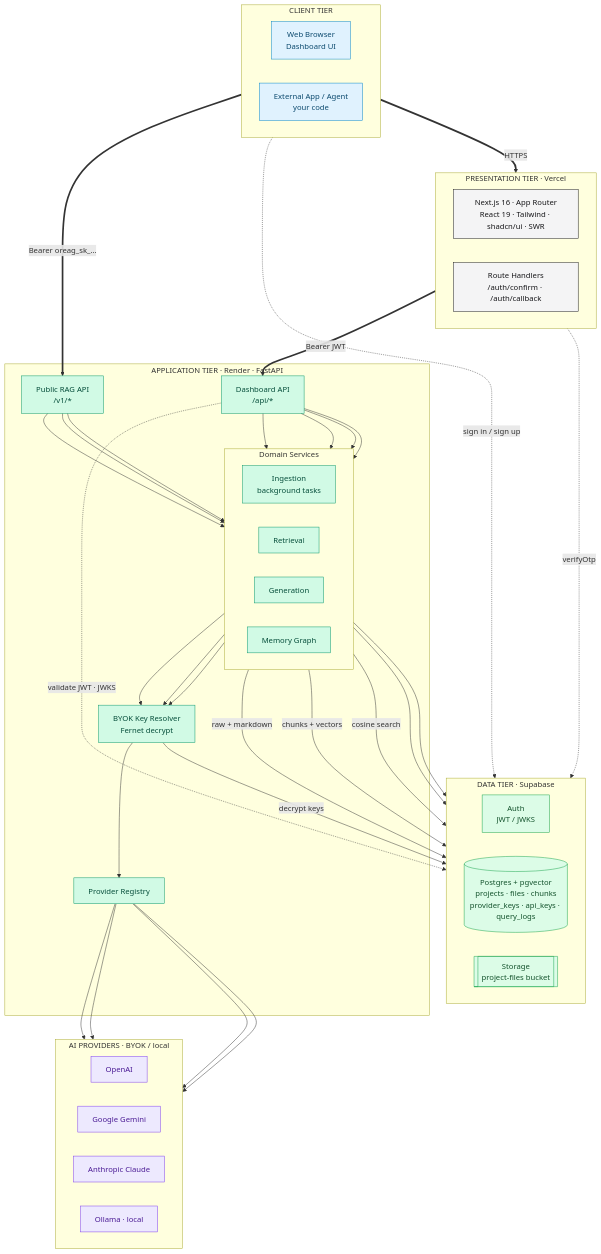
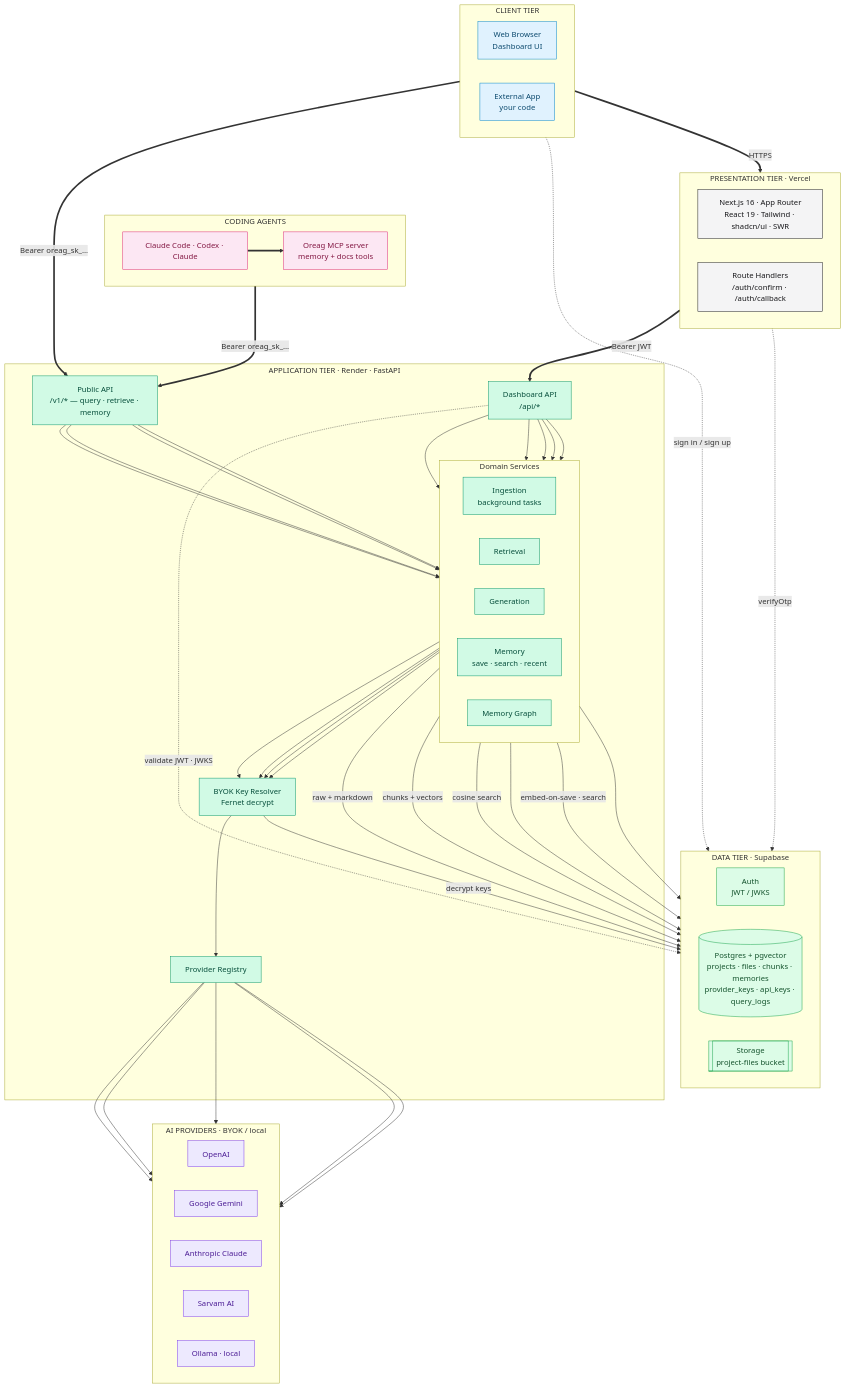
Before and after one commit to haroontrailblazer/Oreag: the first of 6 diagrams in FLOW.md, drawn with Mermaid. The commit also changed other lines of this file and 1 other file, not shown here.

Commit message:
docs: update FLOW.md flow diagrams for agent-memory MCP

````diff
--- a/FLOW.md
+++ b/FLOW.md
@@ -51,7 +53,13 @@
     subgraph client["CLIENT TIER"]
         direction LR
         Browser["Web Browser<br/>Dashboard UI"]
-        ExtApp["External App / Agent<br/>your code"]
+        ExtApp["External App<br/>your code"]
+    end
+
+    subgraph agents["CODING AGENTS"]
+        direction LR
+        Agent["Claude Code · Codex · Claude"]
+        MCP["Oreag MCP server<br/>memory + docs tools"]
     end
 
     subgraph edge["PRESENTATION TIER · Vercel"]
@@ -62,12 +70,13 @@
 
     subgraph appt["APPLICATION TIER · Render · FastAPI"]
         API["Dashboard API<br/>/api/*"]
-        PublicAPI["Public RAG API<br/>/v1/*"]
+        PublicAPI["Public API<br/>/v1/* — query · retrieve · memory"]
         subgraph services["Domain Services"]
             direction LR
             Ingest["Ingestion<br/>background tasks"]
             Retrieve["Retrieval"]
             Generate["Generation"]
+            Memory["Memory<br/>save · search · recent"]
             MemGraph["Memory Graph"]
         end
         Resolver["BYOK Key Resolver<br/>Fernet decrypt"]
@@ -77,7 +86,7 @@
     subgraph datat["DATA TIER · Supabase"]
         direction LR
         Auth["Auth<br/>JWT / JWKS"]
-        PG[("Postgres + pgvector<br/>projects · files · chunks<br/>provider_keys · api_keys · query_logs")]
+        PG[("Postgres + pgvector<br/>projects · files · chunks · memories<br/>provider_keys · api_keys · query_logs")]
         Store[["Storage<br/>project-files bucket"]]
     end
 
@@ -86,6 +95,7 @@
         OpenAI["OpenAI"]
         Gemini["Google Gemini"]
         Anthropic["Anthropic Claude"]
+        Sarvam["Sarvam AI"]
         Ollama["Ollama · local"]
     end
 
@@ -93,6 +103,8 @@
     Browser ==>|HTTPS| Next
     Next ==>|"Bearer JWT"| API
     ExtApp ==>|"Bearer oreag_sk_…"| PublicAPI
+    Agent ==> MCP
+    MCP ==>|"Bearer oreag_sk_…"| PublicAPI
 
     %% --- authentication (dotted) ---
     Browser -.->|"sign in / sign up"| Auth
@@ -100,31 +112,34 @@
     API     -.->|"validate JWT · JWKS"| Auth
 
     %% --- application fan-out ---
-    API --> Ingest & Retrieve & Generate & MemGraph
-    PublicAPI --> Retrieve & Generate & MemGraph
+    API --> Ingest & Retrieve & Generate & Memory & MemGraph
+    PublicAPI --> Retrieve & Generate & Memory & MemGraph
 
     %% --- BYOK resolution & provider calls ---
-    Ingest & Retrieve & Generate --> Resolver
+    Ingest & Retrieve & Generate & Memory --> Resolver
     Resolver -->|"decrypt keys"| PG
     Resolver --> Registry
-    Registry --> OpenAI & Gemini & Anthropic & Ollama
+    Registry --> OpenAI & Gemini & Anthropic & Sarvam & Ollama
 
     %% --- data reads / writes ---
     Ingest   -->|"raw + markdown"| Store
     Ingest   -->|"chunks + vectors"| PG
     Retrieve -->|"cosine search"| PG
     Generate --> PG
+    Memory   -->|"embed-on-save · search"| PG
     MemGraph --> PG
 
     classDef tClient fill:#e0f2fe,stroke:#0284c7,color:#0c4a6e
+    classDef tAgent  fill:#fce7f3,stroke:#db2777,color:#831843
     classDef tEdge   fill:#f4f4f5,stroke:#18181b,color:#18181b
     classDef tApp    fill:#d1fae5,stroke:#059669,color:#064e3b
     classDef tData   fill:#dcfce7,stroke:#16a34a,color:#14532d
     classDef tAI     fill:#ede9fe,stroke:#7c3aed,color:#4c1d95
 
     class Browser,ExtApp tClient
+    class Agent,MCP tAgent
     class Next,AuthRt tEdge
-    class API,PublicAPI,Ingest,Retrieve,Generate,MemGraph,Resolver,Registry tApp
+    class API,PublicAPI,Ingest,Retrieve,Generate,Memory,MemGraph,Resolver,Registry tApp
     class Auth,PG,Store tData
-    class OpenAI,Gemini,Anthropic,Ollama tAI
+    class OpenAI,Gemini,Anthropic,Sarvam,Ollama tAI
 ```
````
